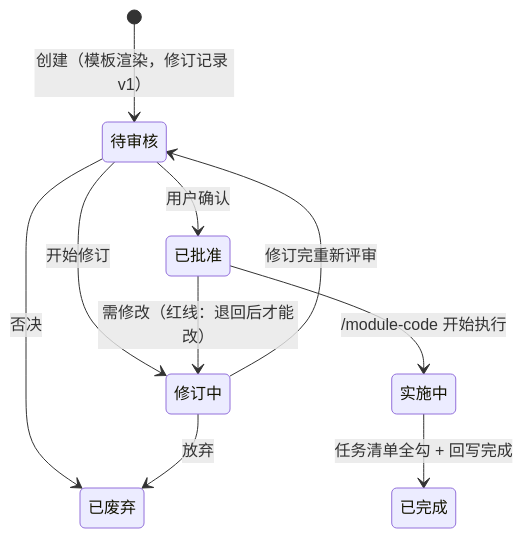
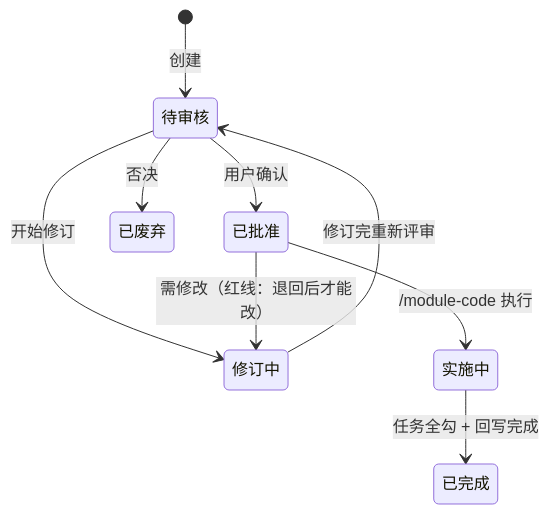
Before and after one commit to knight-peter/doc-framework: the first of 2 diagrams in README.md, drawn with Mermaid. The commit also changed other lines of this file and 1 other file, not shown here.

````diff
--- a/README.md
+++ b/README.md
@@ -108,12 +116,11 @@
 ```mermaid
 stateDiagram-v2
-    [*] --> 待审核: 创建（模板渲染，修订记录 v1）
+    [*] --> 待审核: 创建
     待审核 --> 修订中: 开始修订
     修订中 --> 待审核: 修订完重新评审
     待审核 --> 已批准: 用户确认
     已批准 --> 修订中: 需修改（红线：退回后才能改）
-    已批准 --> 实施中: /module-code 开始执行
-    实施中 --> 已完成: 任务清单全勾 + 回写完成
+    已批准 --> 实施中: /module-code 执行
+    实施中 --> 已完成: 任务全勾 + 回写完成
     待审核 --> 已废弃: 否决
-    修订中 --> 已废弃: 放弃
 ```
````
